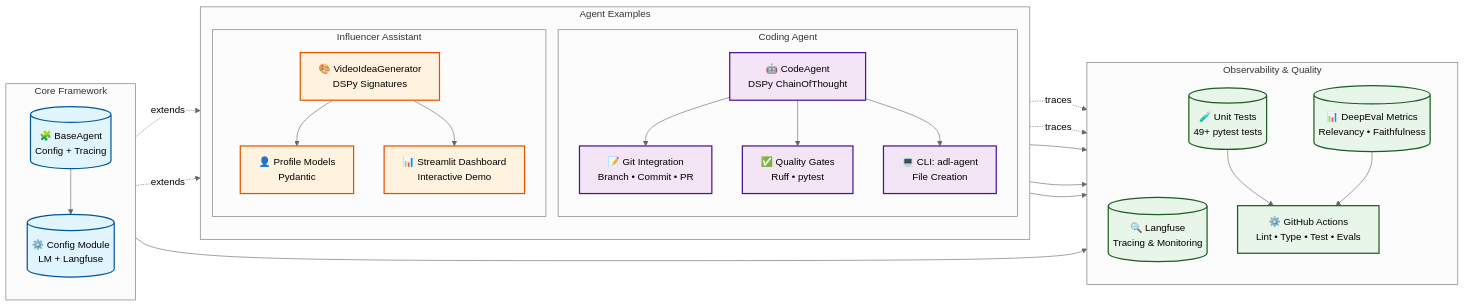
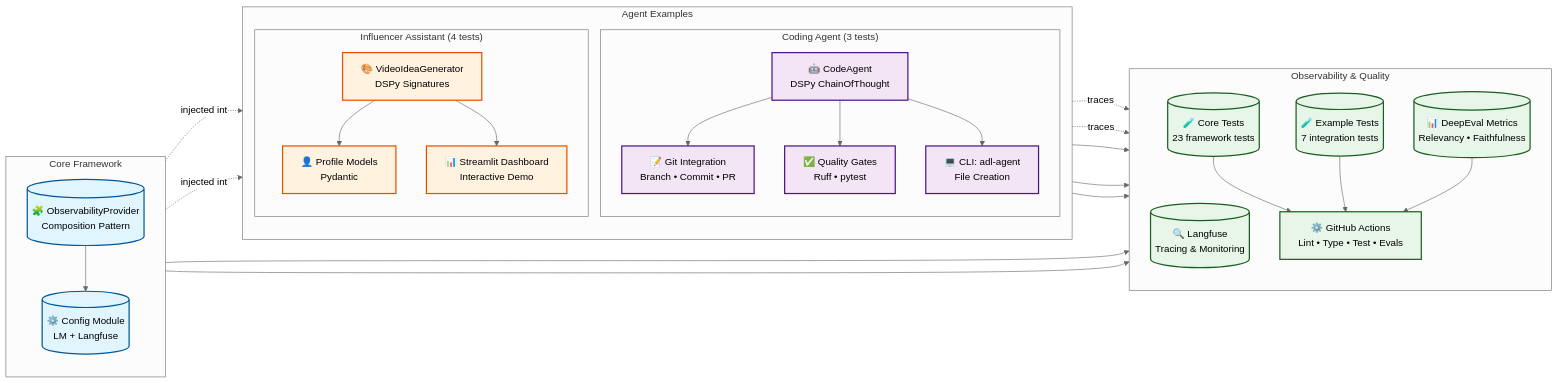
One commit to ammons-datalabs/observable-agent-starter changed the diagram in docs/architecture.mmd. Above: the diagram before and after it, drawn with Mermaid (neutral theme). The commit also changed 2 other files, not shown here.

Commit message:
docs: update architecture documentation for composition pattern
Updated architecture.md and diagram to reflect the new composition pattern:

Architecture Document Changes:
- Updated overview to show "Composition Pattern" instead of "BaseAgent Pattern"
- Renamed section "BaseAgent Pattern" to "Composition Pattern"
- Updated all code examples to use ObservabilityProvider with composition
- Changed examples from multiple inheritance to dependency injection
- Updated "Extending BaseAgent" to "Implement agent using composition"
- Fixed custom observability example to use composition pattern

Architecture Diagram Changes:
- Renamed BaseAgent → ObservabilityProvider
- Updated relationship from "extends" to "injected into"
- Added test counts to examples:
  - Coding Agent: 3 tests
  - Influencer Assistant: 4 tests
- Split test nodes:
  - Core Tests: 23 framework tests (85%+ coverage)
  - Example Tests: 7 integration tests
- Updated all labels to reflect composition pattern
- Regenerated architecture.png from updated mermaid diagram

All documentation now accurately reflects the composition-based architecture
where ObservabilityProvider is injected into agents rather than inherited.

```diff
--- a/docs/architecture.mmd
+++ b/docs/architecture.mmd
@@ -1,67 +1,70 @@
 graph LR
     %% Core Framework (Left)
     subgraph Core["Core Framework"]
         direction TB
-        BaseAgent[("🧩 BaseAgent<br/>Config + Tracing")]
+        ObsProvider[("🧩 ObservabilityProvider<br/>Composition Pattern")]
         Config[("⚙️ Config Module<br/>LM + Langfuse")]
-        BaseAgent --> Config
+        ObsProvider --> Config
     end
 
     %% Examples (Middle)
     subgraph Examples["Agent Examples"]
         direction TB
-        subgraph Coding["Coding Agent"]
+        subgraph Coding["Coding Agent (3 tests)"]
             CodingAgent["🤖 CodeAgent<br/>DSPy ChainOfThought"]
             GitWorkflow["📝 Git Integration<br/>Branch • Commit • PR"]
             QualityGates["✅ Quality Gates<br/>Ruff • pytest"]
             CLI1["💻 CLI: adl-agent<br/>File Creation"]
         end
 
-        subgraph Influencer["Influencer Assistant"]
+        subgraph Influencer["Influencer Assistant (4 tests)"]
             InfluencerAgent["🎨 VideoIdeaGenerator<br/>DSPy Signatures"]
             ProfileModel["👤 Profile Models<br/>Pydantic"]
             Dashboard["📊 Streamlit Dashboard<br/>Interactive Demo"]
         end
     end
 
     %% Observability & QA (Right)
     subgraph ObsQA["Observability & Quality"]
         direction TB
         Langfuse[("🔍 Langfuse<br/>Tracing & Monitoring")]
-        UnitTests[("🧪 Unit Tests<br/>49+ pytest tests")]
+        CoreTests[("🧪 Core Tests<br/>23 framework tests")]
+        ExampleTests[("🧪 Example Tests<br/>7 integration tests")]
         DeepEval[("📊 DeepEval Metrics<br/>Relevancy • Faithfulness")]
         CI["⚙️ GitHub Actions<br/>Lint • Type • Test • Evals"]
     end
 
     %% Left to Right Flow: Core -> Examples -> Observability/QA
-    BaseAgent -.extends.-> CodingAgent
-    BaseAgent -.extends.-> InfluencerAgent
+    ObsProvider -.injected into.-> CodingAgent
+    ObsProvider -.injected into.-> InfluencerAgent
 
     CodingAgent --> GitWorkflow
     CodingAgent --> QualityGates
     CodingAgent --> CLI1
 
     InfluencerAgent --> ProfileModel
     InfluencerAgent --> Dashboard
 
     Config --> Langfuse
     CodingAgent -.traces.-> Langfuse
     InfluencerAgent -.traces.-> Langfuse
 
-    CodingAgent --> UnitTests
-    InfluencerAgent --> UnitTests
+    CodingAgent --> ExampleTests
+    InfluencerAgent --> ExampleTests
     InfluencerAgent --> DeepEval
-    UnitTests --> CI
+    ObsProvider --> CoreTests
+    CoreTests --> CI
+    ExampleTests --> CI
     DeepEval --> CI
 
     %% Styling
     classDef core fill:#e1f5ff,stroke:#01579b,stroke-width:2px
     classDef coding fill:#f3e5f5,stroke:#4a148c,stroke-width:2px
     classDef influencer fill:#fff3e0,stroke:#e65100,stroke-width:2px
     classDef obs fill:#e8f5e9,stroke:#1b5e20,stroke-width:2px
     classDef qa fill:#fce4ec,stroke:#880e4f,stroke-width:2px
 
-    class BaseAgent,Config core
+    class ObsProvider,Config core
     class CodingAgent,GitWorkflow,QualityGates,CLI1 coding
     class InfluencerAgent,ProfileModel,Dashboard influencer
-    class Langfuse,UnitTests,DeepEval,CI obs
+    class Langfuse,CoreTests,ExampleTests,DeepEval,CI obs
```
